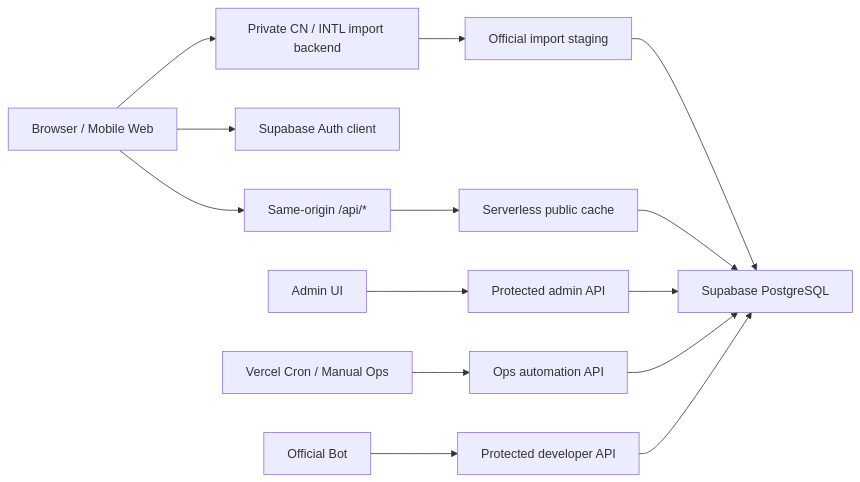
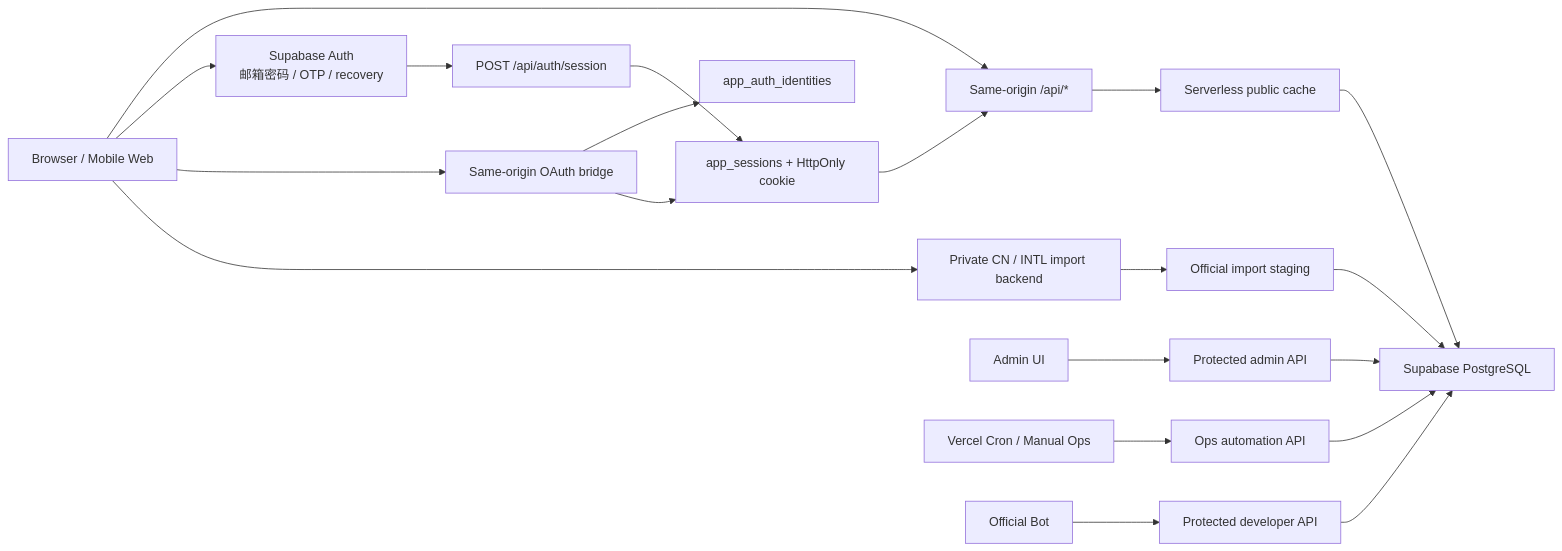
One commit to MoguJunn/endfield-gacha changed the first of 2 diagrams in docs/ARCHITECTURE.md. Above: the diagram before and after it, drawn with Mermaid. The commit also changed other lines of this file and 59 other files, not shown here.

````diff
--- a/docs/ARCHITECTURE.md
+++ b/docs/ARCHITECTURE.md
@@ -7,16 +7,22 @@
 ```mermaid
 flowchart LR
   Browser["Browser / Mobile Web"] --> PublicApi["Same-origin /api/*"]
-  Browser --> SupabaseAuth["Supabase Auth client"]
+  Browser --> SupabaseAuth["Supabase Auth\n邮箱密码 / OTP / recovery"]
+  Browser --> OAuthBridge["Same-origin OAuth bridge"]
+  OAuthBridge --> AuthIdentity["app_auth_identities"]
+  SupabaseAuth --> SessionBootstrap["POST /api/auth/session"]
+  OAuthBridge --> SiteSession["app_sessions + HttpOnly cookie"]
+  SessionBootstrap --> SiteSession
+  SiteSession --> PublicApi
   Browser --> ImportBackend["Private CN / INTL import backend"]
   ImportBackend --> ImportStaging["Official import staging"]
   ImportStaging --> SupabaseDb
   PublicApi --> PublicCache["Serverless public cache"]
   PublicCache --> SupabaseDb["Supabase PostgreSQL"]
   Admin["Admin UI"] --> AdminApi["Protected admin API"]
   AdminApi --> SupabaseDb
   Ops["Vercel Cron / Manual Ops"] --> OpsApi["Ops automation API"]
   OpsApi --> SupabaseDb
   Bot["Official Bot"] --> DevApi["Protected developer API"]
   DevApi --> SupabaseDb
 ```
````
